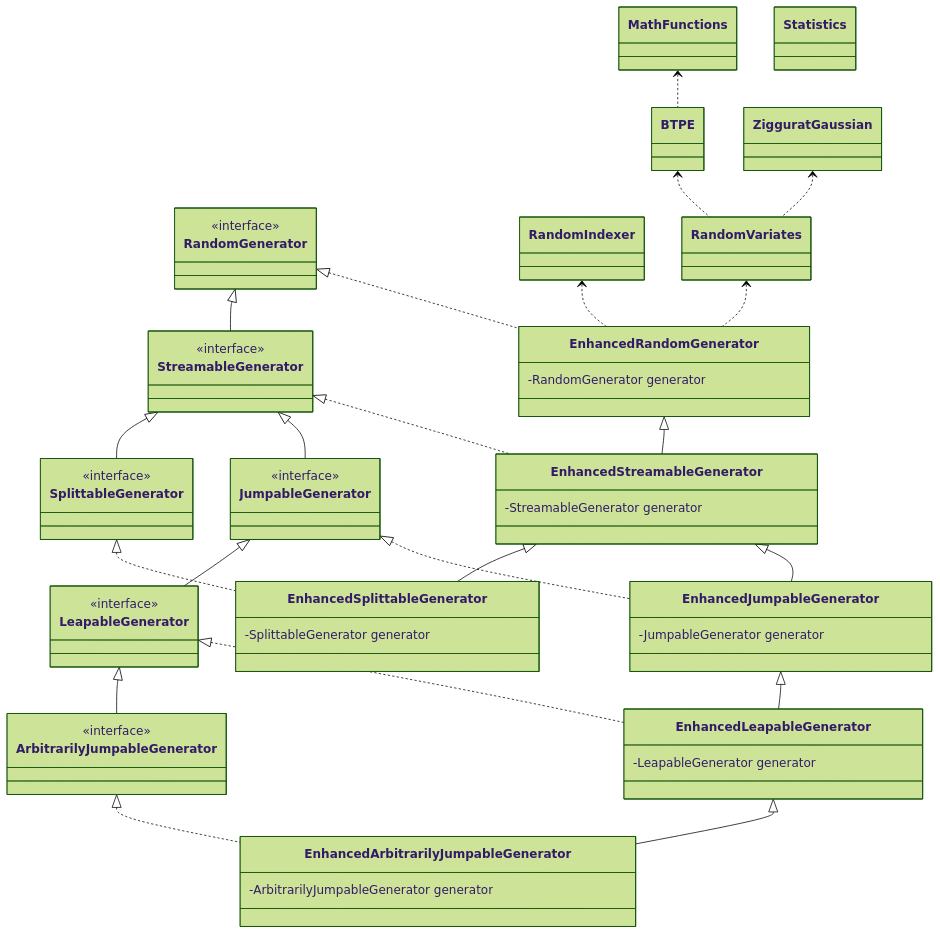
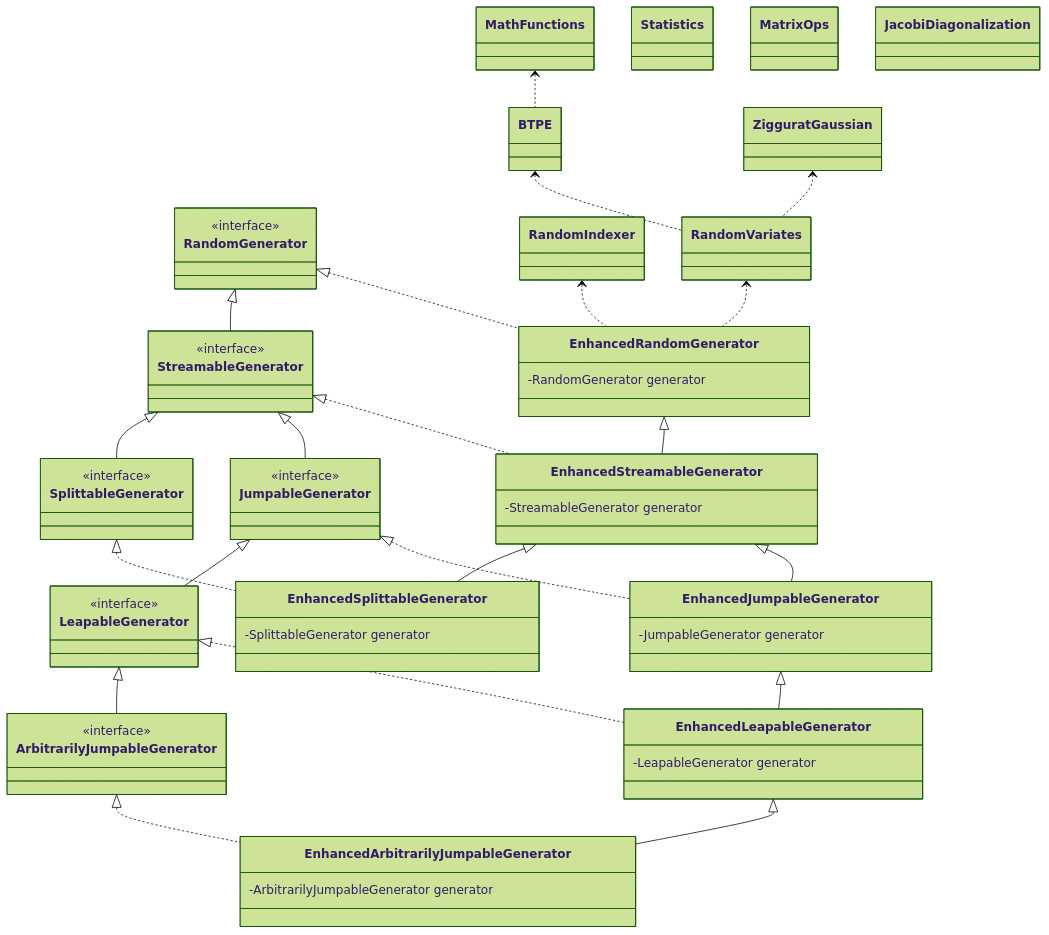
One commit to cicirello/rho-mu changed the diagram in README.md. Above: the diagram before and after it, drawn with Mermaid (forest theme).

````diff
--- a/README.md
+++ b/README.md
@@ -46,72 +46,76 @@
 ```mermaid
 classDiagram
   class RandomGenerator
   <<interface>> RandomGenerator
   class StreamableGenerator
   <<interface>> StreamableGenerator
   RandomGenerator <|-- StreamableGenerator
   class SplittableGenerator
   <<interface>> SplittableGenerator
   StreamableGenerator <|-- SplittableGenerator
   class JumpableGenerator
   <<interface>> JumpableGenerator
   StreamableGenerator <|-- JumpableGenerator
   class LeapableGenerator
   <<interface>> LeapableGenerator
   JumpableGenerator <|-- LeapableGenerator
   class ArbitrarilyJumpableGenerator
   <<interface>> ArbitrarilyJumpableGenerator
   LeapableGenerator <|-- ArbitrarilyJumpableGenerator
   class EnhancedRandomGenerator
   RandomGenerator <|.. EnhancedRandomGenerator
   class RandomIndexer
   RandomIndexer <.. EnhancedRandomGenerator
   class RandomVariates
   RandomVariates <.. EnhancedRandomGenerator
   EnhancedRandomGenerator : -RandomGenerator generator
   class BTPE
   BTPE <.. RandomVariates
   class ZigguratGaussian
   ZigguratGaussian <.. RandomVariates
   class MathFunctions
   MathFunctions <.. BTPE
   class Statistics
+  class MatrixOps
+  class JacobiDiagonalization
   class EnhancedStreamableGenerator
   EnhancedRandomGenerator <|-- EnhancedStreamableGenerator
   StreamableGenerator <|.. EnhancedStreamableGenerator
   EnhancedStreamableGenerator : -StreamableGenerator generator
   class EnhancedSplittableGenerator
   EnhancedStreamableGenerator <|-- EnhancedSplittableGenerator
   SplittableGenerator <|.. EnhancedSplittableGenerator
   EnhancedSplittableGenerator : -SplittableGenerator generator
   class EnhancedJumpableGenerator
   EnhancedStreamableGenerator <|-- EnhancedJumpableGenerator
   JumpableGenerator <|.. EnhancedJumpableGenerator
   EnhancedJumpableGenerator : -JumpableGenerator generator
   class EnhancedLeapableGenerator
   EnhancedJumpableGenerator <|-- EnhancedLeapableGenerator
   LeapableGenerator <|.. EnhancedLeapableGenerator
   EnhancedLeapableGenerator : -LeapableGenerator generator
   class EnhancedArbitrarilyJumpableGenerator
   EnhancedLeapableGenerator <|-- EnhancedArbitrarilyJumpableGenerator
   ArbitrarilyJumpableGenerator <|.. EnhancedArbitrarilyJumpableGenerator
   EnhancedArbitrarilyJumpableGenerator : -ArbitrarilyJumpableGenerator generator
   link RandomIndexer "https://rho-mu.cicirello.org/api/org.cicirello.rho_mu/org/cicirello/math/rand/RandomIndexer.html"
   link RandomVariates "https://rho-mu.cicirello.org/api/org.cicirello.rho_mu/org/cicirello/math/rand/RandomVariates.html"
   link EnhancedRandomGenerator "https://rho-mu.cicirello.org/api/org.cicirello.rho_mu/org/cicirello/math/rand/EnhancedRandomGenerator.html"
   link EnhancedStreamableGenerator "https://rho-mu.cicirello.org/api/org.cicirello.rho_mu/org/cicirello/math/rand/EnhancedStreamableGenerator.html"
   link EnhancedSplittableGenerator "https://rho-mu.cicirello.org/api/org.cicirello.rho_mu/org/cicirello/math/rand/EnhancedSplittableGenerator.html"
   link EnhancedJumpableGenerator "https://rho-mu.cicirello.org/api/org.cicirello.rho_mu/org/cicirello/math/rand/EnhancedJumpableGenerator.html"
   link EnhancedLeapableGenerator "https://rho-mu.cicirello.org/api/org.cicirello.rho_mu/org/cicirello/math/rand/EnhancedLeapableGenerator.html"
   link EnhancedArbitrarilyJumpableGenerator "https://rho-mu.cicirello.org/api/org.cicirello.rho_mu/org/cicirello/math/rand/EnhancedArbitrarilyJumpableGenerator.html"
   link RandomGenerator "https://docs.oracle.com/en/java/javase/17/docs/api/java.base/java/util/random/RandomGenerator.html"
   link StreamableGenerator "https://docs.oracle.com/en/java/javase/17/docs/api/java.base/java/util/random/RandomGenerator.StreamableGenerator.html"
   link SplittableGenerator "https://docs.oracle.com/en/java/javase/17/docs/api/java.base/java/util/random/RandomGenerator.SplittableGenerator.html"
   link JumpableGenerator "https://docs.oracle.com/en/java/javase/17/docs/api/java.base/java/util/random/RandomGenerator.JumpableGenerator.html"
   link LeapableGenerator "https://docs.oracle.com/en/java/javase/17/docs/api/java.base/java/util/random/RandomGenerator.LeapableGenerator.html"
   link ArbitrarilyJumpableGenerator "https://docs.oracle.com/en/java/javase/17/docs/api/java.base/java/util/random/RandomGenerator.ArbitrarilyJumpableGenerator.html"
   link ZigguratGaussian "https://rho-mu.cicirello.org/api/org.cicirello.rho_mu/org/cicirello/math/rand/ZigguratGaussian.html"
   link BTPE "https://github.com/cicirello/rho-mu/blob/main/src/main/java/org/cicirello/math/rand/BTPE.java"
   link MathFunctions "https://rho-mu.cicirello.org/api/org.cicirello.rho_mu/org/cicirello/math/MathFunctions.html"
   link Statistics "https://rho-mu.cicirello.org/api/org.cicirello.rho_mu/org/cicirello/math/stats/Statistics.html"
+  link MatrixOps "https://rho-mu.cicirello.org/api/org.cicirello.rho_mu/org/cicirello/math/la/MatrixOps.html"
+  link JacobiDiagonalization "https://rho-mu.cicirello.org/api/org.cicirello.rho_mu/org/cicirello/math/la/JacobiDiagonalization.html"
 ```
````
